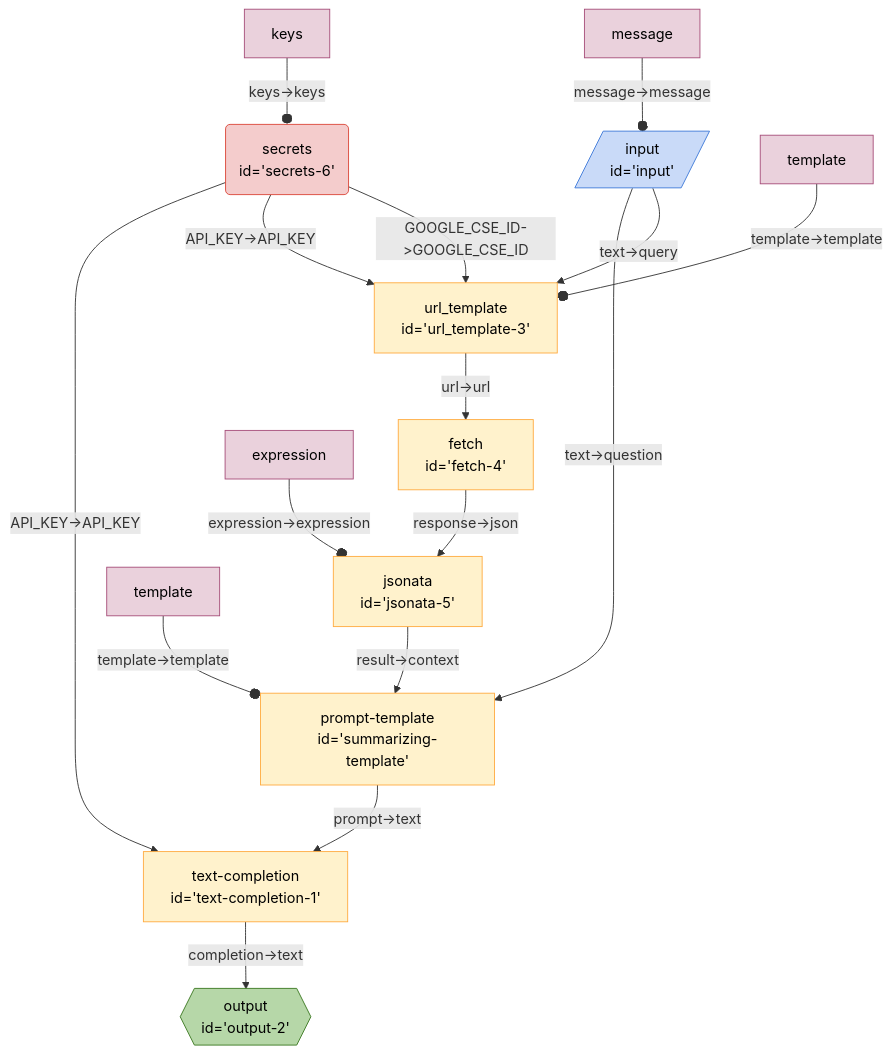
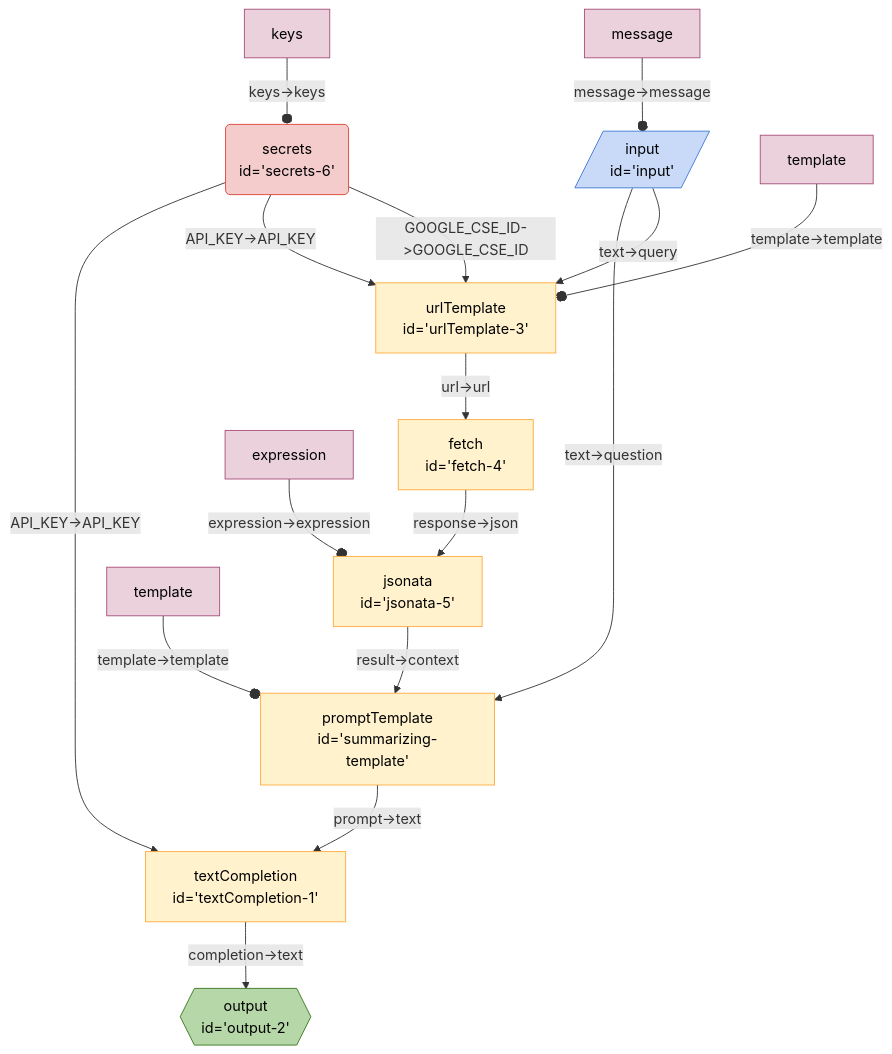
The diagram in seeds/graph-playground/docs/graphs/search-summarize-fetch.md (breadboard-ai/breadboard), drawn with Mermaid before and after one commit. The commit also changed 41 other files, not shown here.

````diff
--- a/seeds/graph-playground/docs/graphs/search-summarize-fetch.md
+++ b/seeds/graph-playground/docs/graphs/search-summarize-fetch.md
@@ -5,47 +5,47 @@
   ```mermaid
   %%{init: 'themeVariables': { 'fontFamily': 'Fira Code, monospace' }}%%
 graph TD;
-textcompletion1["text-completion
-id='text-completion-1'"] -- "completion->text" --> output2{{"output
+textCompletion1["textCompletion
+id='textCompletion-1'"] -- "completion->text" --> output2{{"output
 id='output-2'"}}:::output
-summarizingtemplate["prompt-template
-id='summarizing-template'"] -- "prompt->text" --> textcompletion1["text-completion
-id='text-completion-1'"]
+summarizingtemplate["promptTemplate
+id='summarizing-template'"] -- "prompt->text" --> textCompletion1["textCompletion
+id='textCompletion-1'"]
 jsonata5["jsonata
-id='jsonata-5'"] -- "result->context" --> summarizingtemplate["prompt-template
+id='jsonata-5'"] -- "result->context" --> summarizingtemplate["promptTemplate
 id='summarizing-template'"]
 fetch4["fetch
 id='fetch-4'"] -- "response->json" --> jsonata5["jsonata
 id='jsonata-5'"]
-url_template3["url_template
-id='url_template-3'"] -- "url->url" --> fetch4["fetch
+urlTemplate3["urlTemplate
+id='urlTemplate-3'"] -- "url->url" --> fetch4["fetch
 id='fetch-4'"]
 secrets6("secrets
-id='secrets-6'"):::secrets -- "API_KEY->API_KEY" --> textcompletion1["text-completion
-id='text-completion-1'"]
+id='secrets-6'"):::secrets -- "API_KEY->API_KEY" --> textCompletion1["textCompletion
+id='textCompletion-1'"]
 secrets6("secrets
-id='secrets-6'"):::secrets -- "API_KEY->API_KEY" --> url_template3["url_template
-id='url_template-3'"]
+id='secrets-6'"):::secrets -- "API_KEY->API_KEY" --> urlTemplate3["urlTemplate
+id='urlTemplate-3'"]
 secrets6("secrets
-id='secrets-6'"):::secrets -- "GOOGLE_CSE_ID->GOOGLE_CSE_ID" --> url_template3["url_template
-id='url_template-3'"]
+id='secrets-6'"):::secrets -- "GOOGLE_CSE_ID->GOOGLE_CSE_ID" --> urlTemplate3["urlTemplate
+id='urlTemplate-3'"]
 input[/"input
-id='input'"/]:::input -- "text->question" --> summarizingtemplate["prompt-template
+id='input'"/]:::input -- "text->question" --> summarizingtemplate["promptTemplate
 id='summarizing-template'"]
 input[/"input
-id='input'"/]:::input -- "text->query" --> url_template3["url_template
-id='url_template-3'"]
+id='input'"/]:::input -- "text->query" --> urlTemplate3["urlTemplate
+id='urlTemplate-3'"]
 templatesummarizingtemplate[template]:::config -- "template->template" --o summarizingtemplate
-templateurl_template3[template]:::config -- "template->template" --o url_template3
+templateurlTemplate3[template]:::config -- "template->template" --o urlTemplate3
 expressionjsonata5[expression]:::config -- "expression->expression" --o jsonata5
 keyssecrets6[keys]:::config -- "keys->keys" --o secrets6
 messageinput[message]:::config -- "message->message" --o input
 classDef default stroke:#ffab40,fill:#fff2ccff,color:#000
 classDef input stroke:#3c78d8,fill:#c9daf8ff,color:#000
 classDef output stroke:#38761d,fill:#b6d7a8ff,color:#000
 classDef passthrough stroke:#a64d79,fill:#ead1dcff,color:#000
 classDef slot stroke:#a64d79,fill:#ead1dcff,color:#000
 classDef config stroke:#a64d79,fill:#ead1dcff,color:#000
 classDef secrets stroke:#db4437,fill:#f4cccc,color:#000
 classDef slotted stroke:#a64d79
   ```
````
